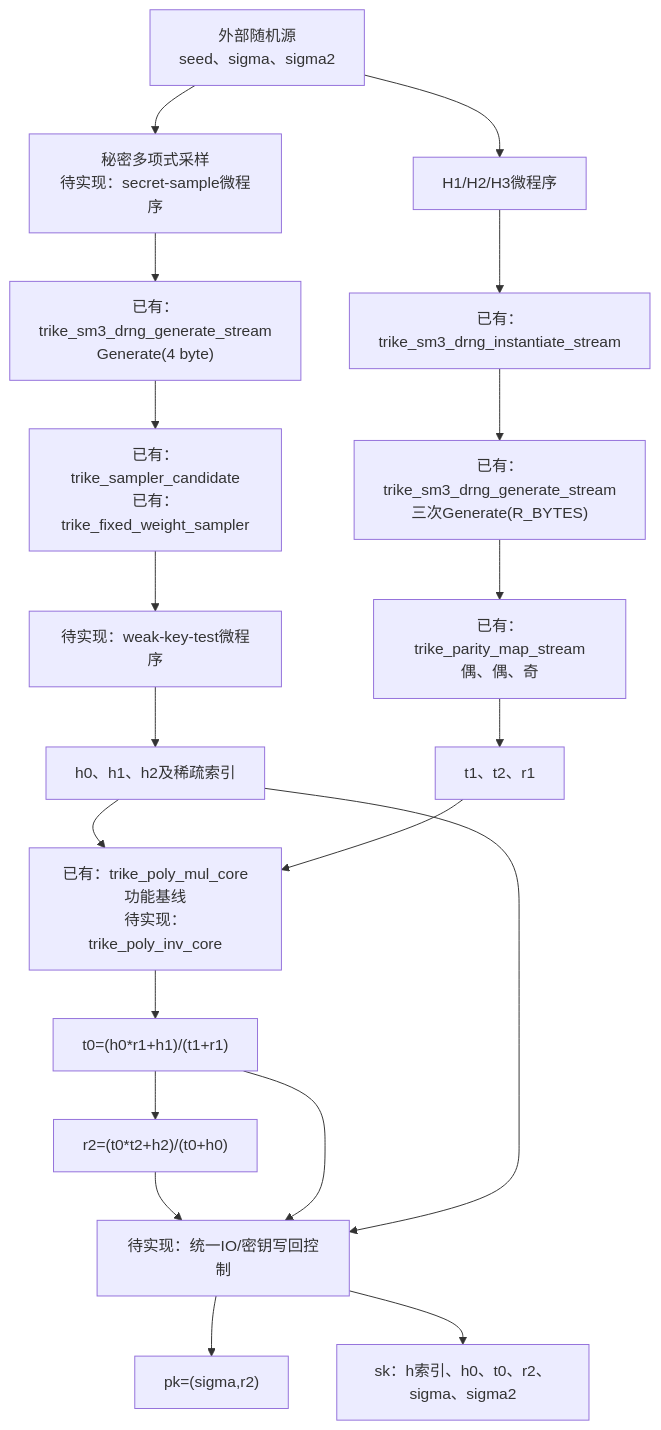
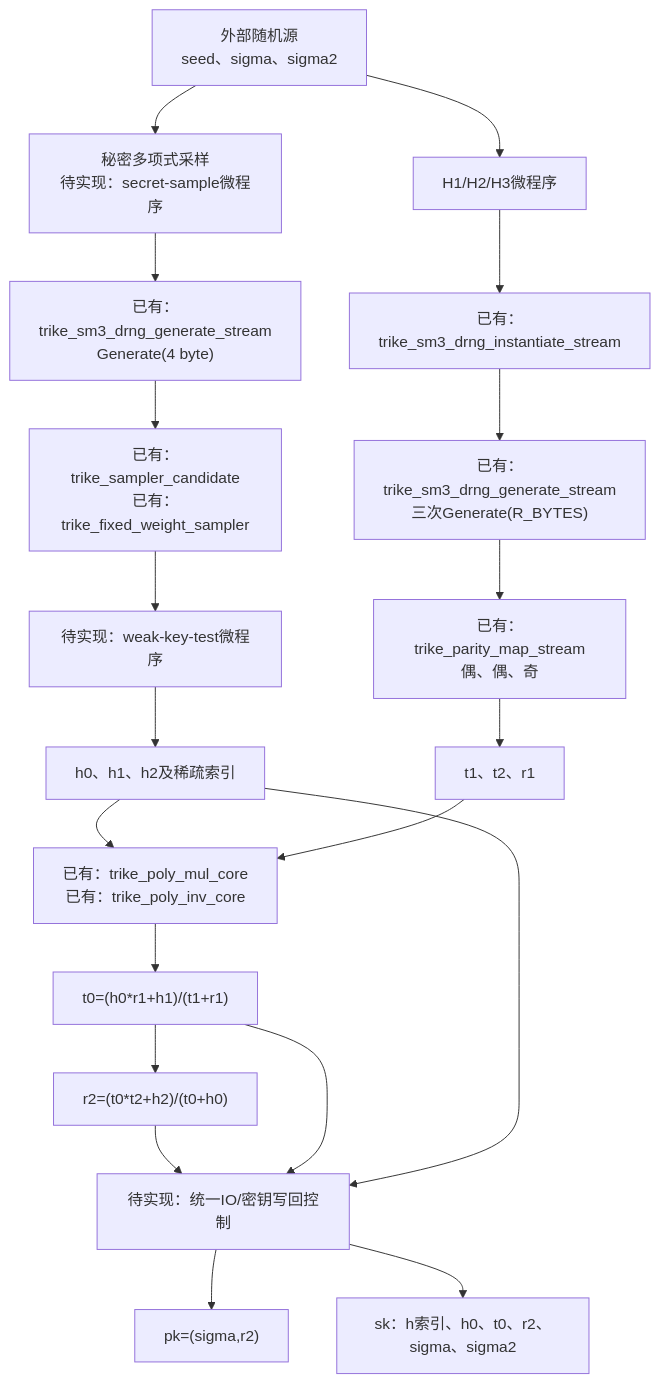
One commit to z2901550610/Min_Sum changed the first of 8 diagrams in docs/design/trike_kem_common_cores.md. Above: the diagram before and after it, drawn with Mermaid. The commit also changed other lines of this file and 34 other files, not shown here.

````diff
--- a/docs/design/trike_kem_common_cores.md
+++ b/docs/design/trike_kem_common_cores.md
@@ -56,24 +56,24 @@
 ```mermaid
 flowchart TD
     RNG["外部随机源<br/>seed、sigma、sigma2"] --> SECRET["秘密多项式采样<br/>待实现：secret-sample微程序"]
     SECRET --> DRNG4["已有：trike_sm3_drng_generate_stream<br/>Generate(4 byte)"]
     DRNG4 --> SAMPLER["已有：trike_sampler_candidate<br/>已有：trike_fixed_weight_sampler"]
     SAMPLER --> WEAK["待实现：weak-key-test微程序"]
     WEAK --> HIDX["h0、h1、h2及稀疏索引"]
 
     RNG --> HASHV["H1/H2/H3微程序"]
     HASHV --> INST["已有：trike_sm3_drng_instantiate_stream"]
     INST --> GENR["已有：trike_sm3_drng_generate_stream<br/>三次Generate(R_BYTES)"]
     GENR --> PARITY["已有：trike_parity_map_stream<br/>偶、偶、奇"]
     PARITY --> TVEC["t1、t2、r1"]
 
-    HIDX --> POLY["已有：trike_poly_mul_core功能基线<br/>待实现：trike_poly_inv_core"]
+    HIDX --> POLY["已有：trike_poly_mul_core<br/>已有：trike_poly_inv_core"]
     TVEC --> POLY
     POLY --> T0["t0=(h0*r1+h1)/(t1+r1)"]
     T0 --> R2["r2=(t0*t2+h2)/(t0+h0)"]
     R2 --> PACK["待实现：统一IO/密钥写回控制"]
     T0 --> PACK
     HIDX --> PACK
     PACK --> PK["pk=(sigma,r2)"]
     PACK --> SK["sk：h索引、h0、t0、r2、sigma、sigma2"]
 ```
````
